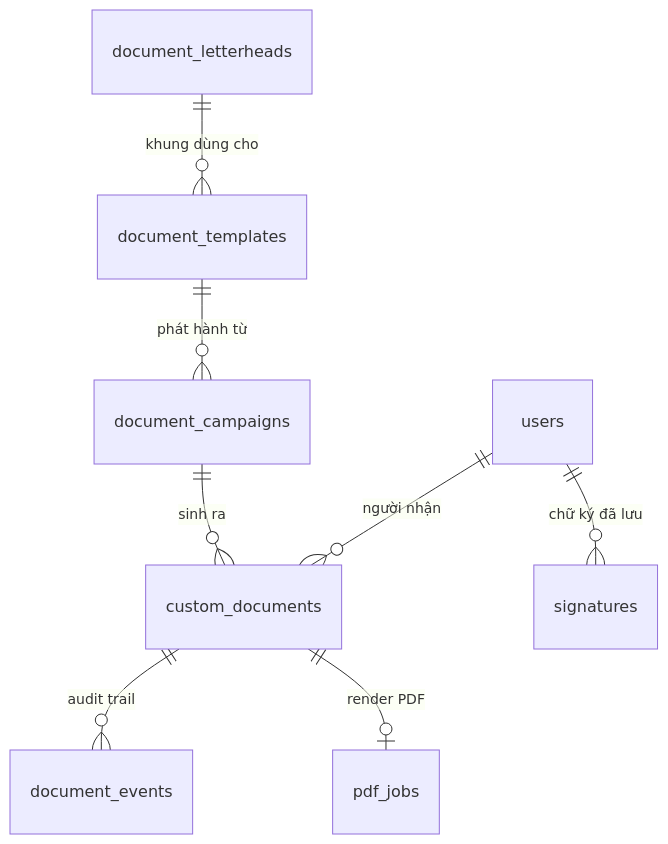
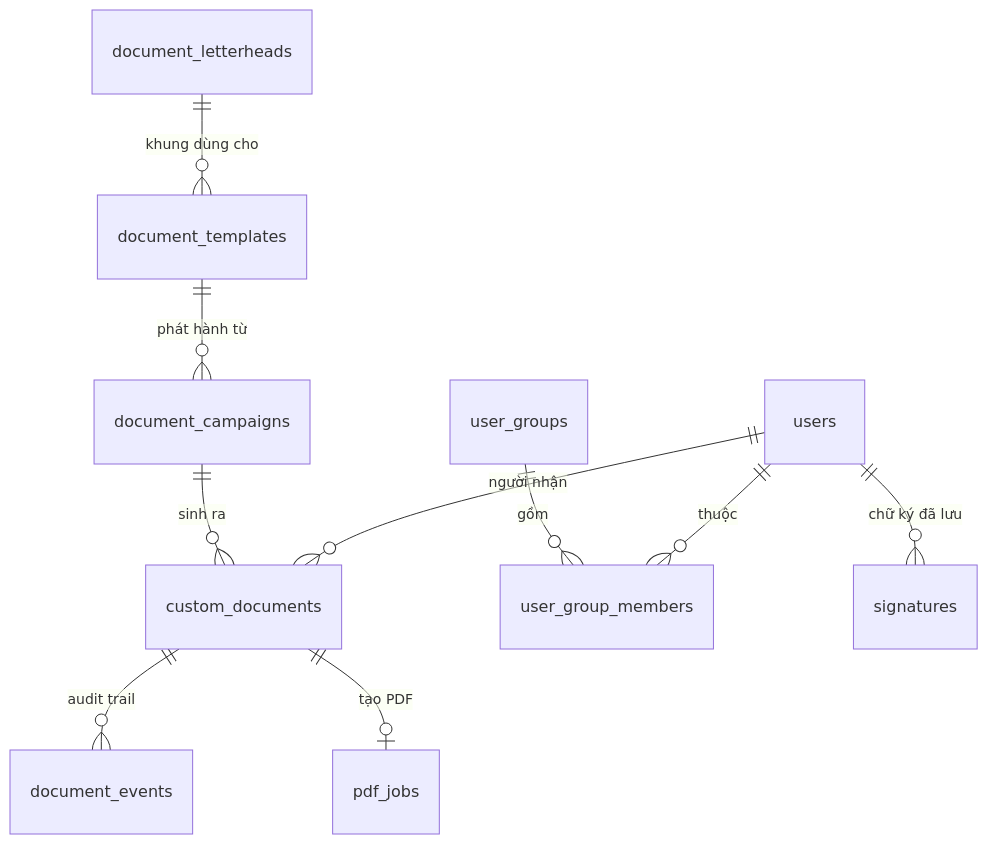
The second of 5 diagrams in docs/design/e-sign-letterhead-spec.md (nclong1976/vin-casino), drawn with Mermaid before and after one commit. The commit also changed other lines of this file, not shown here.

First line of the commit message:
Spec ký văn bản điện tử v2: chốt quyết định sản phẩm, tạo PDF trên Supabase (#95)

````diff
--- a/docs/design/e-sign-letterhead-spec.md
+++ b/docs/design/e-sign-letterhead-spec.md
@@ -146,10 +186,12 @@
 ```mermaid
 erDiagram
   document_letterheads ||--o{ document_templates : "khung dùng cho"
   document_templates  ||--o{ document_campaigns : "phát hành từ"
   document_campaigns  ||--o{ custom_documents   : "sinh ra"
+  user_groups         ||--o{ user_group_members : "gồm"
+  users               ||--o{ user_group_members : "thuộc"
   users               ||--o{ custom_documents   : "người nhận"
   custom_documents    ||--o{ document_events    : "audit trail"
-  custom_documents    ||--o| pdf_jobs           : "render PDF"
+  custom_documents    ||--o| pdf_jobs           : "tạo PDF"
   users               ||--o{ signatures         : "chữ ký đã lưu"
 ```
````
